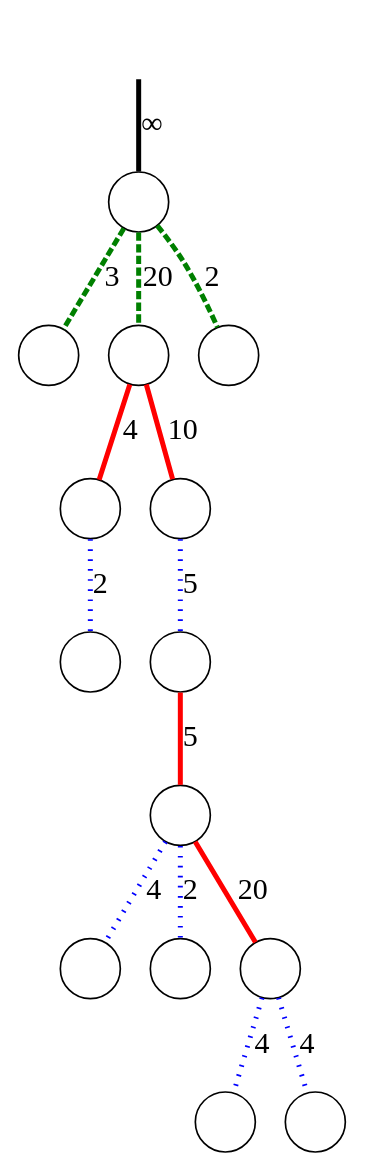
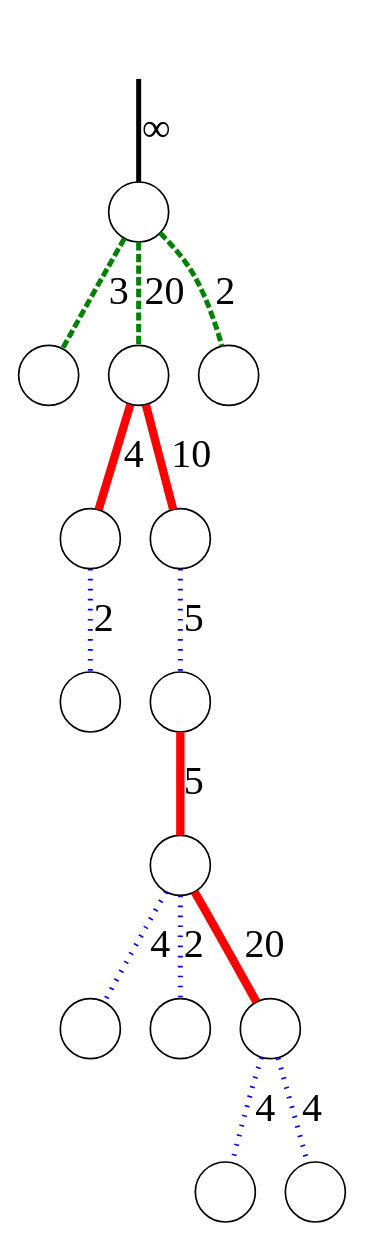
Before and after one commit to sgolodetz/waterfallpaper: the diagram in graphs/example-f.gv, drawn with Graphviz. The commit also changed 16 other files, not shown here.

Commit message:
Make the red edges in Figure 10 bolder.

```diff
--- a/graphs/example-f.gv
+++ b/graphs/example-f.gv
@@ -1,22 +1,22 @@
 digraph
 {
 	node [shape=circle, label=""];
-	edge [dir=both, arrowtail=none, arrowhead=none, penwidth=3, fontsize=18];
+	edge [dir=both, arrowtail=none, arrowhead=none, penwidth=3, fontsize=24];
 
 	r -> n00 [label="&infin;"];
 	n00 -> n10 [label=3, color=green, style=dashed];
 	n00 -> n11 [label=20, color=green, style=dashed];
 	n00 -> n12 [label=2, color=green, style=dashed];
-	n11 -> n20 [label=4, color=red, style=bold];
-	n11 -> n21 [label=10, color=red, style=bold];
+	n11 -> n20 [label=4, color=red, penwidth=5];
+	n11 -> n21 [label=10, color=red, penwidth=5];
 	n20 -> n30 [label=2, color=blue, style=dotted];
 	n21 -> n31 [label=5, color=blue, style=dotted];
-	n31 -> n40 [label=5, color=red, style=bold];
+	n31 -> n40 [label=5, color=red, penwidth=5];
 	n40 -> n50 [label=4, color=blue, style=dotted];
 	n40 -> n51 [label=2, color=blue, style=dotted];
-	n40 -> n52 [label=20, color=red, style=bold];
+	n40 -> n52 [label=20, color=red, penwidth=5];
 	n52 -> n60 [label=4, color=blue, style=dotted];
 	n52 -> n61 [label=4, color=blue, style=dotted];
 
 	r [style=invisible];
 }
```
